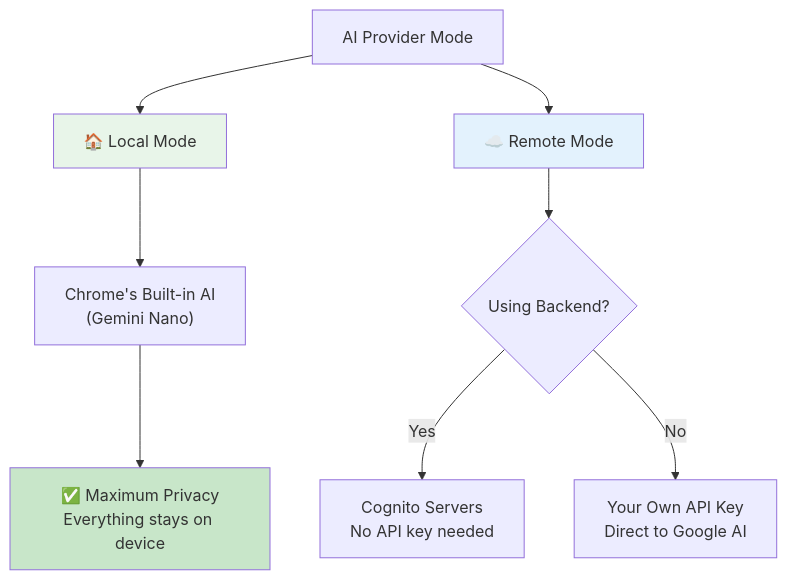
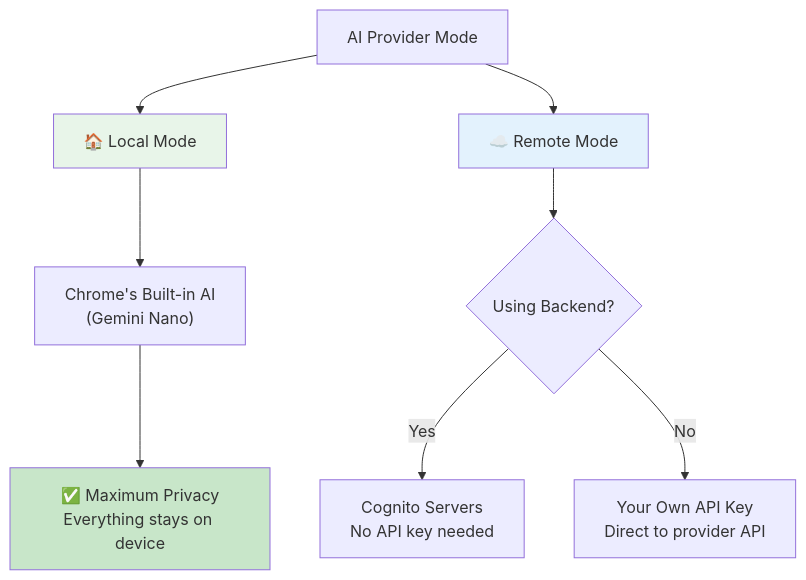
One commit to codewarnab/cognito-ai changed the second of 7 diagrams in apps/docs/content/docs/configuration/modes-and-feature-flags.mdx. Above: the diagram before and after it, drawn with Mermaid. The commit also changed other lines of this file and 32 other files, not shown here.

First line of the commit message:
feat(diagrams): add MindMap and QuadrantChart components

````diff
--- a/apps/docs/content/docs/configuration/modes-and-feature-flags.mdx
+++ b/apps/docs/content/docs/configuration/modes-and-feature-flags.mdx
@@ -33,16 +33,16 @@
 ```mermaid
 flowchart TD
     START["AI Provider Mode"] --> LOCAL["🏠 Local Mode"]
     START --> REMOTE["☁️ Remote Mode"]
     
     LOCAL --> NANO["Chrome's Built-in AI<br/>(Gemini Nano)"]
     NANO --> PRIVACY["✅ Maximum Privacy<br/>Everything stays on device"]
     
     REMOTE --> BACKEND{"Using Backend?"}
     BACKEND -->|"Yes"| VERCEL["Cognito Servers<br/>No API key needed"]
-    BACKEND -->|"No"| BYOK["Your Own API Key<br/>Direct to Google AI"]
+    BACKEND -->|"No"| BYOK["Your Own API Key<br/>Direct to provider API"]
     
     style LOCAL fill:#e8f5e9
     style REMOTE fill:#e3f2fd
     style PRIVACY fill:#c8e6c9
 ```
````
